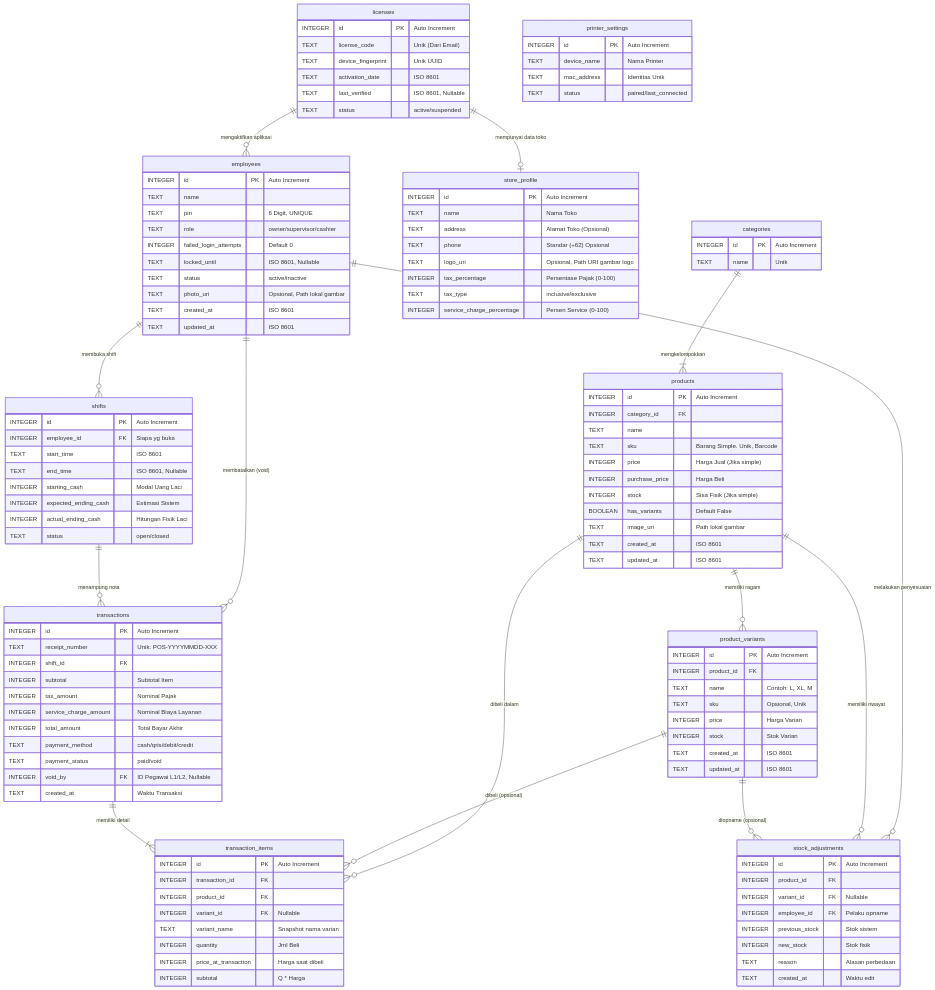
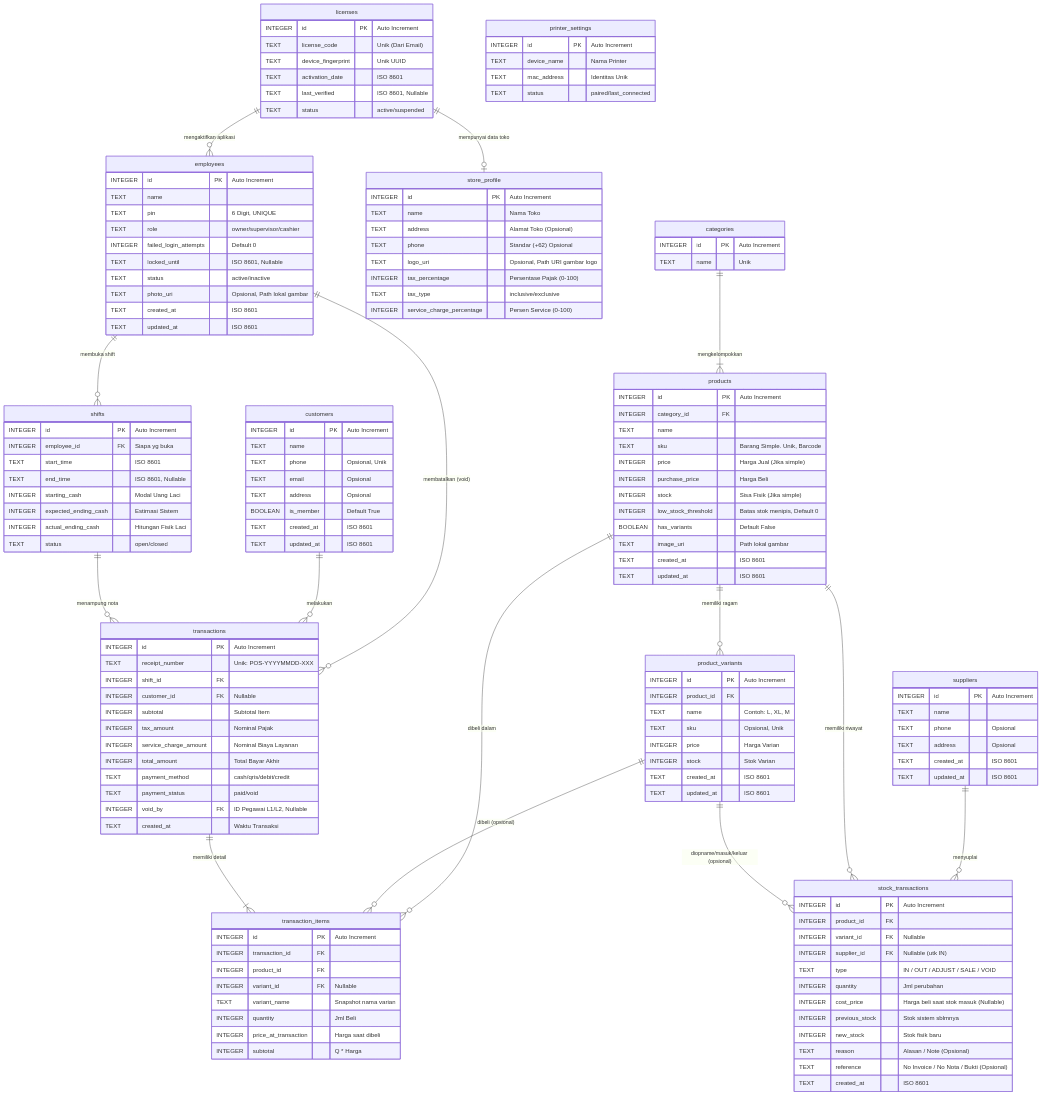
One commit to wahyukurniaaaa/pos-saas changed the diagram in erd_posify.md. Above: the diagram before and after it, drawn with Mermaid. The commit also changed other lines of this file and 34 other files, not shown here.

Commit message:
feat(inventory): implement stock out, last adjust date, and enhance stock opname UI

```diff
--- a/erd_posify.md
+++ b/erd_posify.md
@@ -12,17 +12,19 @@
     licenses ||--o| store_profile : "mempunyai data toko"
     employees ||--o{ shifts : "membuka shift"
     employees ||--o{ transactions : "membatalkan (void)"
-    employees ||--o{ stock_adjustments : "melakukan penyesuaian"
+    
+    customers ||--o{ transactions : "melakukan"
+    suppliers ||--o{ stock_transactions : "menyuplai"
     
     shifts ||--o{ transactions : "menampung nota"
     
     categories ||--|{ products : "mengkelompokkan"
     
-    products ||--o{ stock_adjustments : "memiliki riwayat"
+    products ||--o{ stock_transactions : "memiliki riwayat"
     products ||--o{ transaction_items : "dibeli dalam"
     products ||--o{ product_variants : "memiliki ragam"
     product_variants ||--o{ transaction_items : "dibeli (opsional)"
-    product_variants ||--o{ stock_adjustments : "diopname (opsional)"
+    product_variants ||--o{ stock_transactions : "diopname/masuk/keluar (opsional)"
     
     transactions ||--|{ transaction_items : "memiliki detail"
 
@@ -61,6 +63,26 @@
         INTEGER service_charge_percentage "Persen Service (0-100)"
     }
 
+    customers {
+        INTEGER id PK "Auto Increment"
+        TEXT name
+        TEXT phone "Opsional, Unik"
+        TEXT email "Opsional"
+        TEXT address "Opsional"
+        BOOLEAN is_member "Default True"
+        TEXT created_at "ISO 8601"
+        TEXT updated_at "ISO 8601"
+    }
+
+    suppliers {
+        INTEGER id PK "Auto Increment"
+        TEXT name
+        TEXT phone "Opsional"
+        TEXT address "Opsional"
+        TEXT created_at "ISO 8601"
+        TEXT updated_at "ISO 8601"
+    }
+
     categories {
         INTEGER id PK "Auto Increment"
         TEXT name "Unik"
@@ -74,6 +96,7 @@
         INTEGER price "Harga Jual (Jika simple)"
         INTEGER purchase_price "Harga Beli"
         INTEGER stock "Sisa Fisik (Jika simple)"
+        INTEGER low_stock_threshold "Batas stok menipis, Default 0"
         BOOLEAN has_variants "Default False"
         TEXT image_uri "Path lokal gambar"
         TEXT created_at "ISO 8601"
@@ -106,6 +129,7 @@
         INTEGER id PK "Auto Increment"
         TEXT receipt_number "Unik: POS-YYYYMMDD-XXX"
         INTEGER shift_id FK 
+        INTEGER customer_id FK "Nullable"
         INTEGER subtotal "Subtotal Item"
         INTEGER tax_amount "Nominal Pajak"
         INTEGER service_charge_amount "Nominal Biaya Layanan"
@@ -127,15 +151,19 @@
         INTEGER subtotal "Q * Harga"
     }
 
-    stock_adjustments {
+    stock_transactions {
         INTEGER id PK "Auto Increment"
         INTEGER product_id FK
         INTEGER variant_id FK "Nullable"
-        INTEGER employee_id FK "Pelaku opname"
-        INTEGER previous_stock "Stok sistem"
-        INTEGER new_stock "Stok fisik"
-        TEXT reason "Alasan perbedaan"
-        TEXT created_at "Waktu edit"
+        INTEGER supplier_id FK "Nullable (utk IN)"
+        TEXT type "IN / OUT / ADJUST / SALE / VOID"
+        INTEGER quantity "Jml perubahan"
+        INTEGER cost_price "Harga beli saat stok masuk (Nullable)"
+        INTEGER previous_stock "Stok sistem sblmnya"
+        INTEGER new_stock "Stok fisik baru"
+        TEXT reason "Alasan / Note (Opsional)"
+        TEXT reference "No Invoice / No Nota / Bukti (Opsional)"
+        TEXT created_at "ISO 8601"
     }
 
     printer_settings {
```
